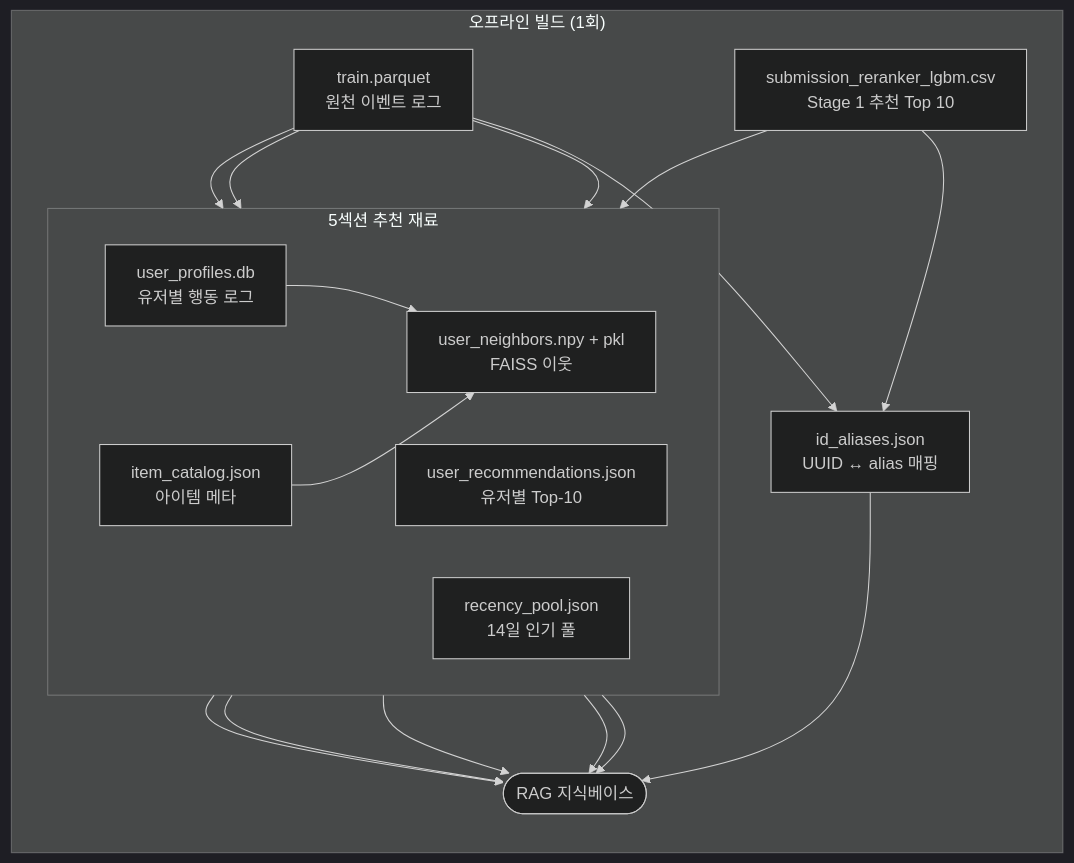
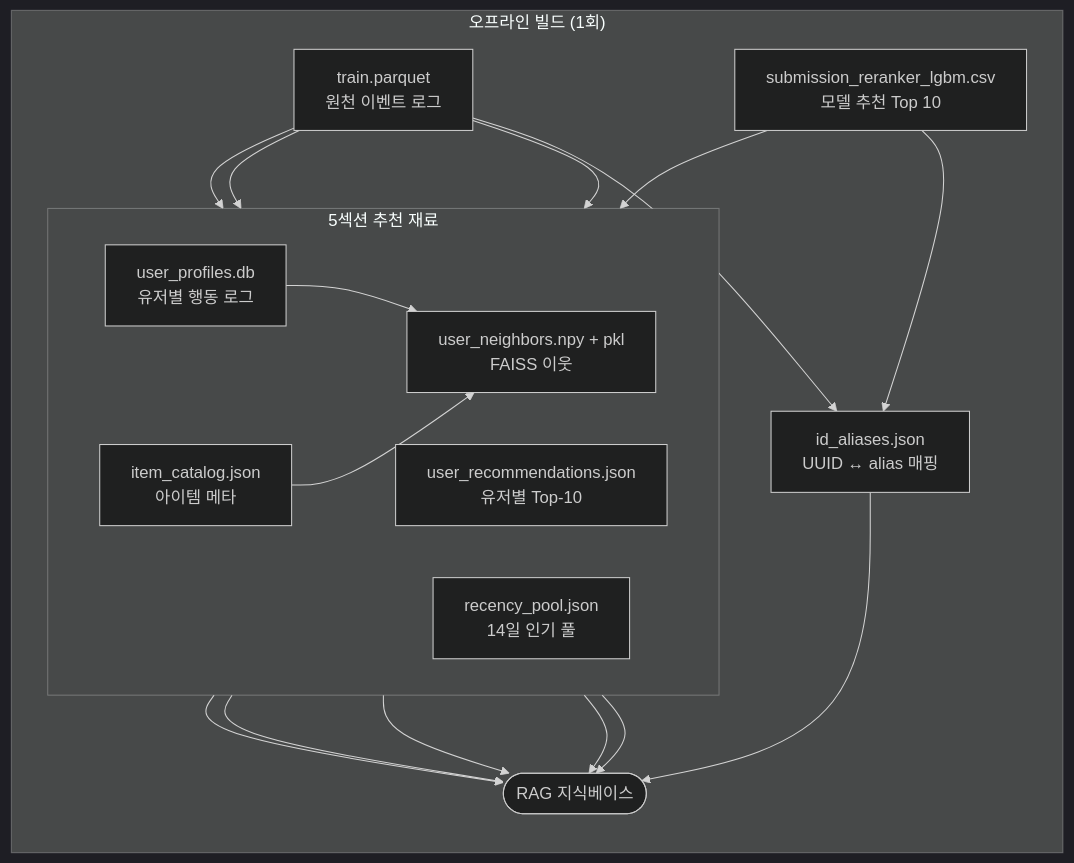
Before and after one commit to yoon-chung/recsys-commerce: the second of 2 diagrams in service/README.md, drawn with Mermaid (dark theme). The commit also changed 1 other file, not shown here.

````diff
--- a/service/README.md
+++ b/service/README.md
@@ -109,35 +109,35 @@
 ```mermaid
 flowchart TB
   subgraph BG["오프라인 빌드 (1회)"]
     direction TB
     T[train.parquet<br/>원천 이벤트 로그]
-    S[submission_reranker_lgbm.csv<br/>Stage 1 추천 Top 10]
+    S[submission_reranker_lgbm.csv<br/>모델 추천 Top 10]
 
     T --> A[id_aliases.json<br/>UUID ↔ alias 매핑]
     S --> A
 
     subgraph REC["5섹션 추천 재료"]
       direction LR
       P[user_profiles.db<br/>유저별 행동 로그]
       C[item_catalog.json<br/>아이템 메타]
       R[user_recommendations.json<br/>유저별 Top-10]
       Y[recency_pool.json<br/>14일 인기 풀]
       F[user_neighbors.npy + pkl<br/>FAISS 이웃]
     end
 
     T --> P
     T --> C
     S --> R
     T --> Y
     P --> F
     C --> F
 
     A --> KB
     P --> KB
     C --> KB
     R --> KB
     Y --> KB
     F --> KB
     KB([RAG 지식베이스])
   end
 ```
````
